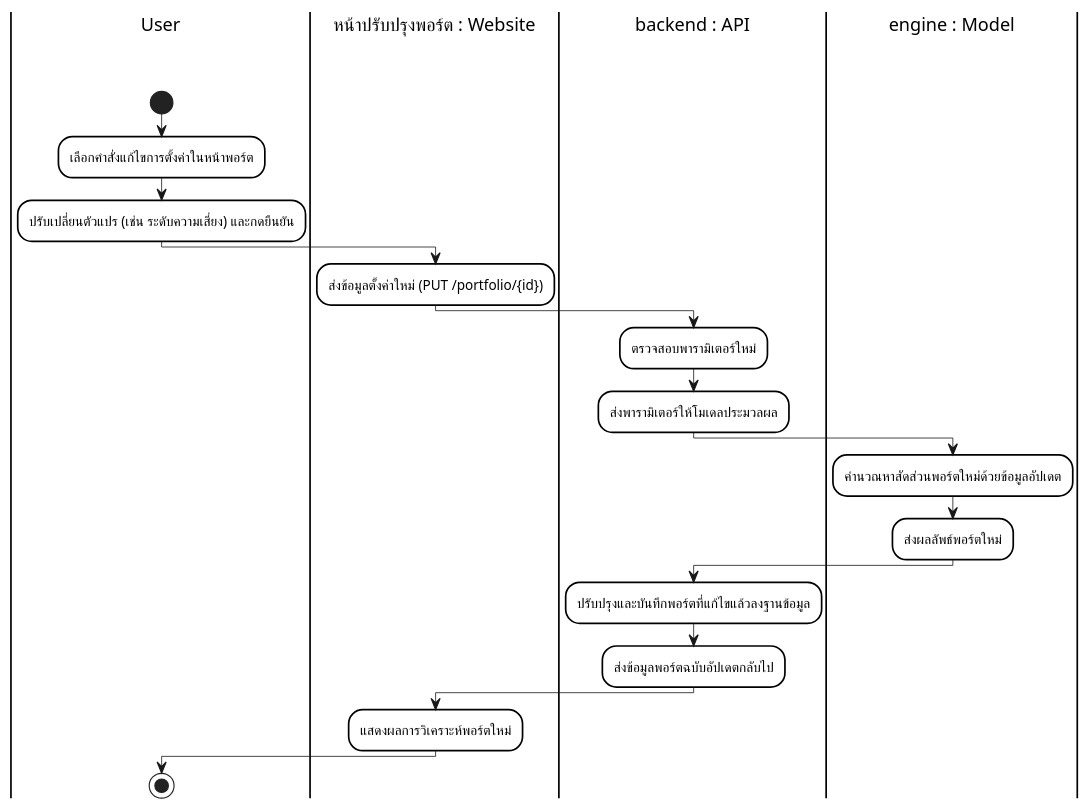
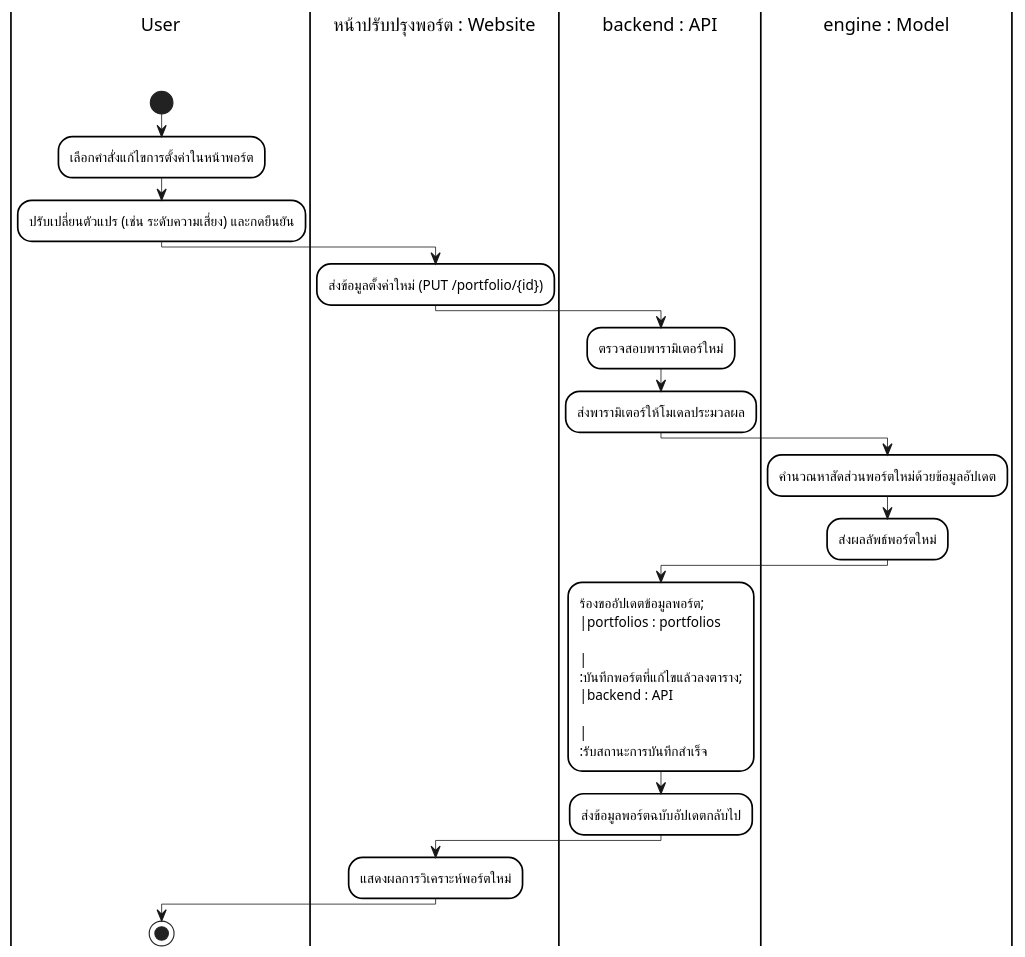
The seventh of 15 diagrams in docs/diagrams/plantuml_source/plantuml_activity_diagrams.md (Anatta-at/my-portfolio-app), drawn with PlantUML before and after one commit. The commit also changed other lines of this file and 20 other files, not shown here.

Commit message:
docs: Update diagrams to use specific DB table swimlanes and participants based on new schema

````diff
--- a/docs/diagrams/plantuml_source/plantuml_activity_diagrams.md
+++ b/docs/diagrams/plantuml_source/plantuml_activity_diagrams.md
@@ -290,41 +290,41 @@
 ```plantuml
 @startuml
 skinparam monochrome true
 skinparam shadowing false
 skinparam backgroundcolor white
 skinparam ranksep 50
 
 skinparam SwimlaneBorderColor black
 skinparam SwimlaneBorderThickness 1.5
 skinparam SwimlaneBackgroundColor white
 skinparam SwimlaneTitleBackgroundColor white
 skinparam SwimlaneTitleFontColor black
 skinparam SwimlaneTitleFontSize 16
 skinparam SwimlaneTitleFontName Arial
 
 skinparam ActivityBackgroundColor white
 skinparam ActivityBorderColor black
 skinparam ActivityBorderThickness 1.5
 skinparam ArrowThickness 0.7
 
 |User\n\n|
 start
 :เลือกคำสั่งแก้ไขการตั้งค่าในหน้าพอร์ต;
 :ปรับเปลี่ยนตัวแปร (เช่น ระดับความเสี่ยง) และกดยืนยัน;
 |หน้าปรับปรุงพอร์ต : Website\n\n|
 :ส่งข้อมูลตั้งค่าใหม่ (PUT /portfolio/{id});
 |backend : API\n\n|
 :ตรวจสอบพารามิเตอร์ใหม่;
 :ส่งพารามิเตอร์ให้โมเดลประมวลผล;
 |engine : Model\n\n|
 :คำนวณหาสัดส่วนพอร์ตใหม่ด้วยข้อมูลอัปเดต;
 :ส่งผลลัพธ์พอร์ตใหม่;
 |backend : API\n\n|
-:ปรับปรุงและบันทึกพอร์ตที่แก้ไขแล้วลงฐานข้อมูล;
+:ร้องขออัปเดตข้อมูลพอร์ต;\n|portfolios : portfolios\n\n|\n:บันทึกพอร์ตที่แก้ไขแล้วลงตาราง;\n|backend : API\n\n|\n:รับสถานะการบันทึกสำเร็จ;
 :ส่งข้อมูลพอร์ตฉบับอัปเดตกลับไป;
 |หน้าปรับปรุงพอร์ต : Website\n\n|
 :แสดงผลการวิเคราะห์พอร์ตใหม่;
 |User\n\n|
 stop
 @enduml
 ```
````
